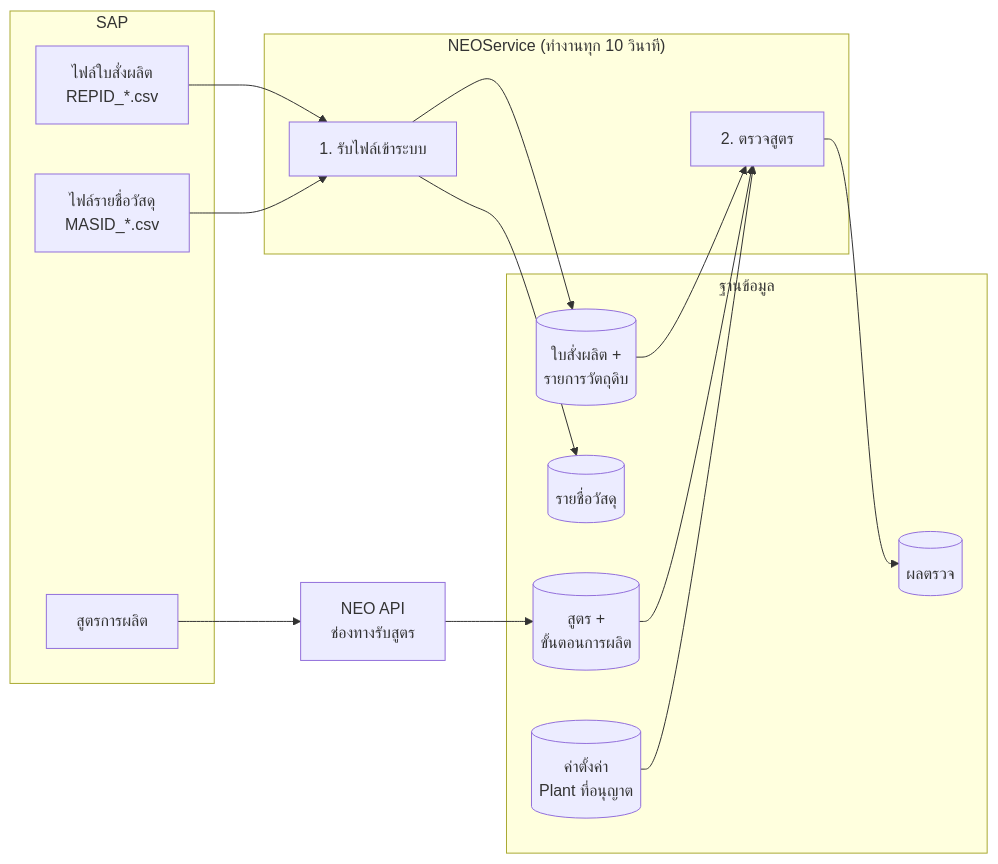
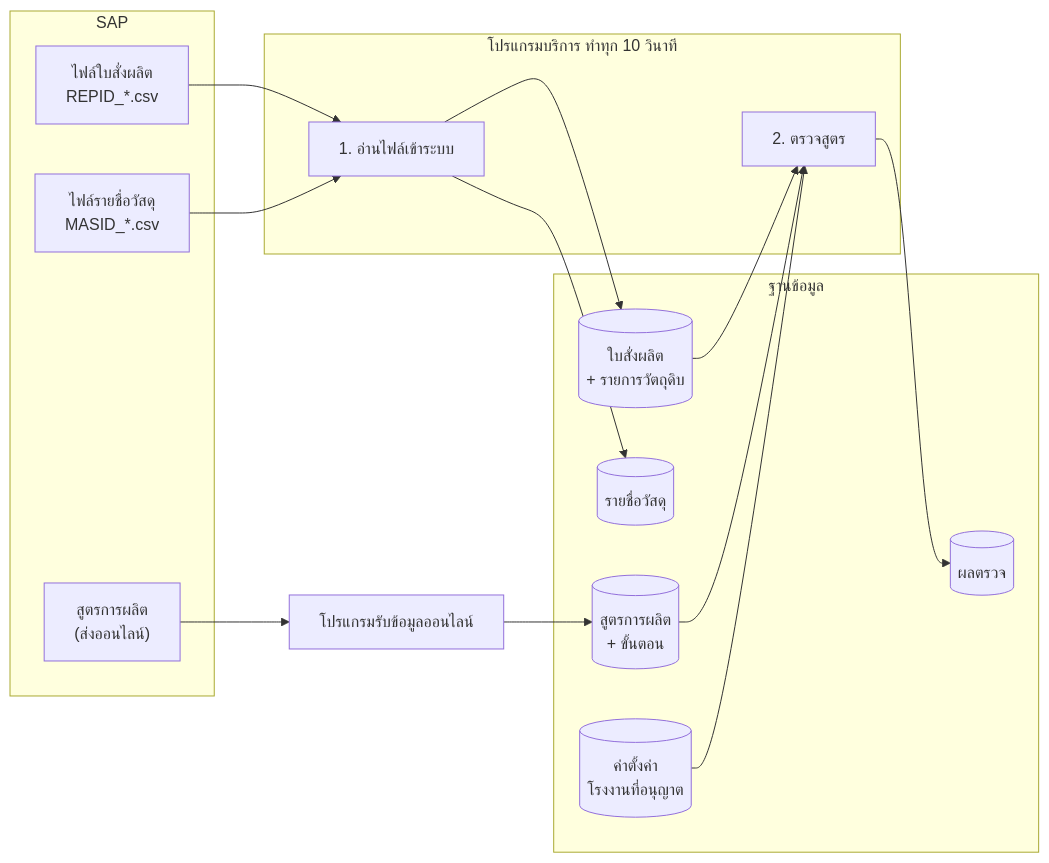
Before and after one commit to mosssssssssszx/test: the first of 5 diagrams in README.md, drawn with Mermaid. The commit also changed other lines of this file, not shown here.

````diff
--- a/README.md
+++ b/README.md
@@ -19,31 +19,31 @@
 ```mermaid
 flowchart LR
     subgraph SAP["SAP"]
         F1["ไฟล์ใบสั่งผลิต<br/>REPID_*.csv"]
         F2["ไฟล์รายชื่อวัสดุ<br/>MASID_*.csv"]
-        J["สูตรการผลิต"]
+        J["สูตรการผลิต<br/>(ส่งออนไลน์)"]
     end
 
-    subgraph SVC["NEOService (ทำงานทุก 10 วินาที)"]
-        P["1. รับไฟล์เข้าระบบ"]
+    subgraph SVC["โปรแกรมบริการ ทำทุก 10 วินาที"]
+        P["1. อ่านไฟล์เข้าระบบ"]
         V["2. ตรวจสูตร"]
     end
 
-    API["NEO API<br/>ช่องทางรับสูตร"]
+    API["โปรแกรมรับข้อมูลออนไลน์"]
 
     subgraph DB["ฐานข้อมูล"]
-        OH[("ใบสั่งผลิต +<br/>รายการวัตถุดิบ")]
+        OH[("ใบสั่งผลิต<br/>+ รายการวัตถุดิบ")]
         MM[("รายชื่อวัสดุ")]
-        PH[("สูตร +<br/>ขั้นตอนการผลิต")]
-        CF[("ค่าตั้งค่า<br/>Plant ที่อนุญาต")]
+        PH[("สูตรการผลิต<br/>+ ขั้นตอน")]
+        CF[("ค่าตั้งค่า<br/>โรงงานที่อนุญาต")]
         R[("ผลตรวจ")]
     end
 
     F1 --> P --> OH
     F2 --> P --> MM
     J --> API --> PH
     OH --> V
     PH --> V
     CF --> V
     V --> R
 ```
````
